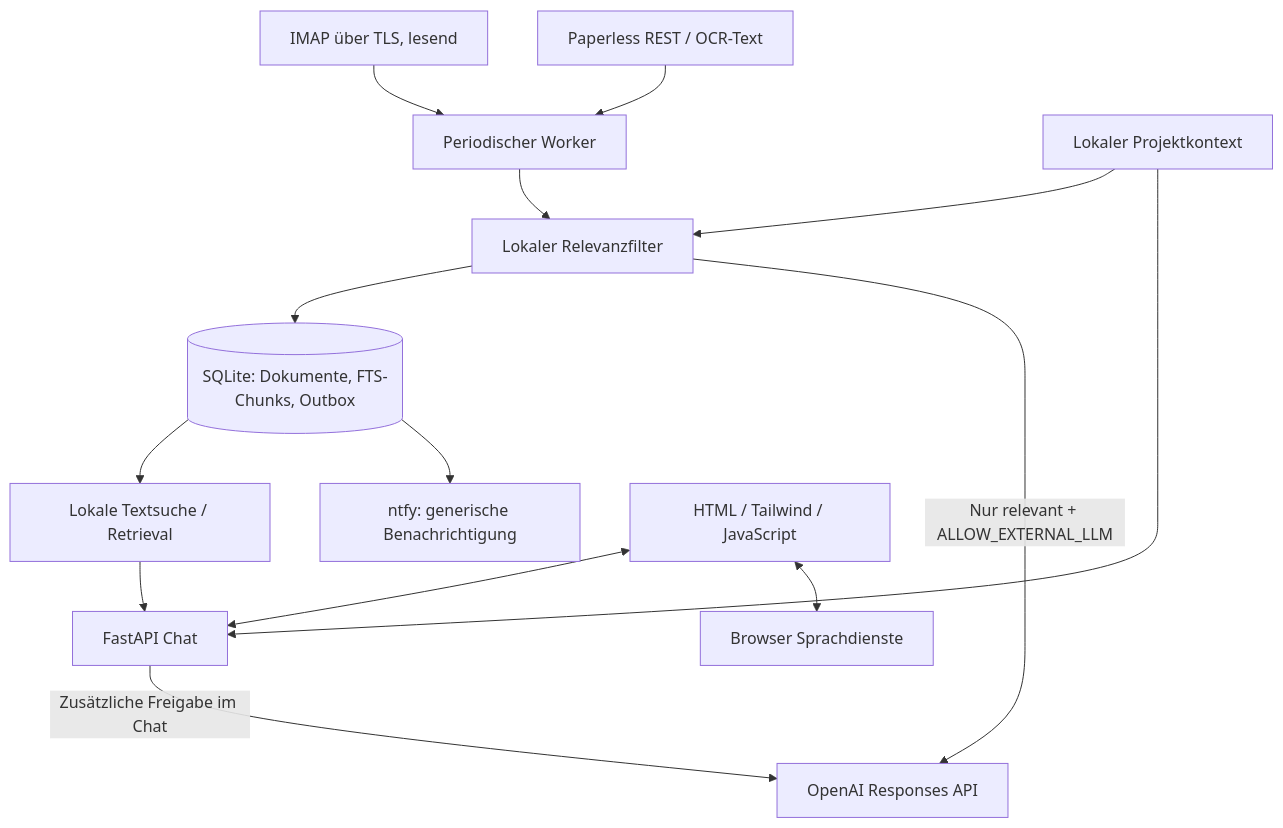
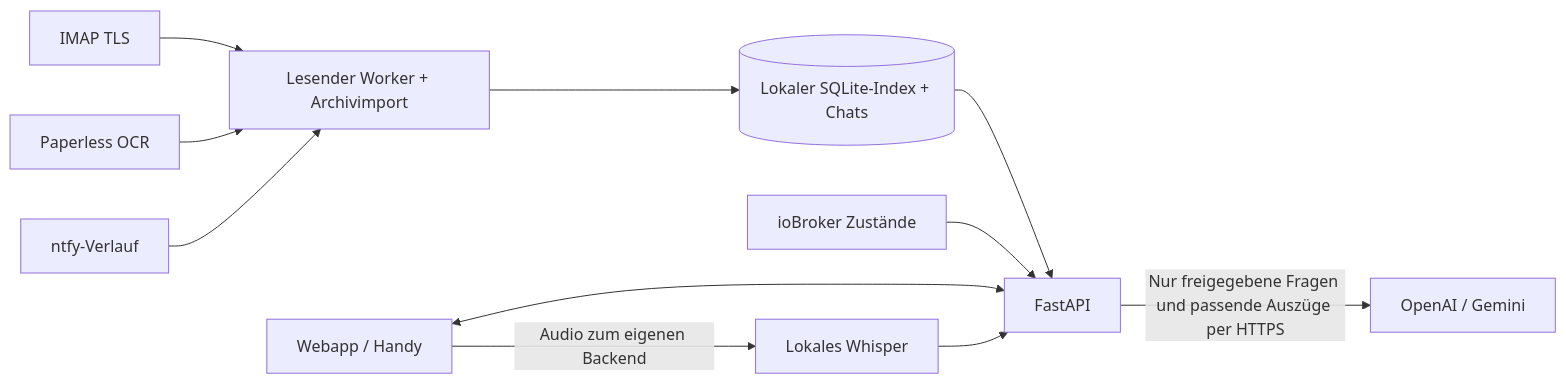
The diagram in README.md (Schello805/aibutler), drawn with Mermaid before and after one commit. The commit also changed other lines of this file and 10 other files, not shown here.

````diff
--- a/README.md
+++ b/README.md
@@ -49,16 +351,13 @@
 ```mermaid
-flowchart TD
-  I[IMAP über TLS, lesend] --> W[Periodischer Worker]
-  P[Paperless REST / OCR-Text] --> W
-  C[Lokaler Projektkontext] --> F[Lokaler Relevanzfilter]
-  W --> F
-  F --> D[(SQLite: Dokumente, FTS-Chunks, Outbox)]
-  F -->|Nur relevant + ALLOW_EXTERNAL_LLM| L[OpenAI Responses API]
-  D --> R[Lokale Textsuche / Retrieval]
-  R --> A[FastAPI Chat]
-  C --> A
-  A -->|Zusätzliche Freigabe im Chat| L
-  D --> N[ntfy: generische Benachrichtigung]
-  U[HTML / Tailwind / JavaScript] <--> A
-  U <--> S[Browser Sprachdienste]
+flowchart LR
+  M[IMAP TLS] --> W[Lesender Worker + Archivimport]
+  P[Paperless OCR] --> W
+  N[ntfy-Verlauf] --> W
+  W --> D[(Lokaler SQLite-Index + Chats)]
+  U[Webapp / Handy] <--> A[FastAPI]
+  D --> A
+  I[ioBroker Zustände] --> A
+  A -->|Nur freigegebene Fragen und passende Auszüge per HTTPS| L[OpenAI / Gemini]
+  U -->|Audio zum eigenen Backend| S[Lokales Whisper]
+  S --> A
 ```
````
